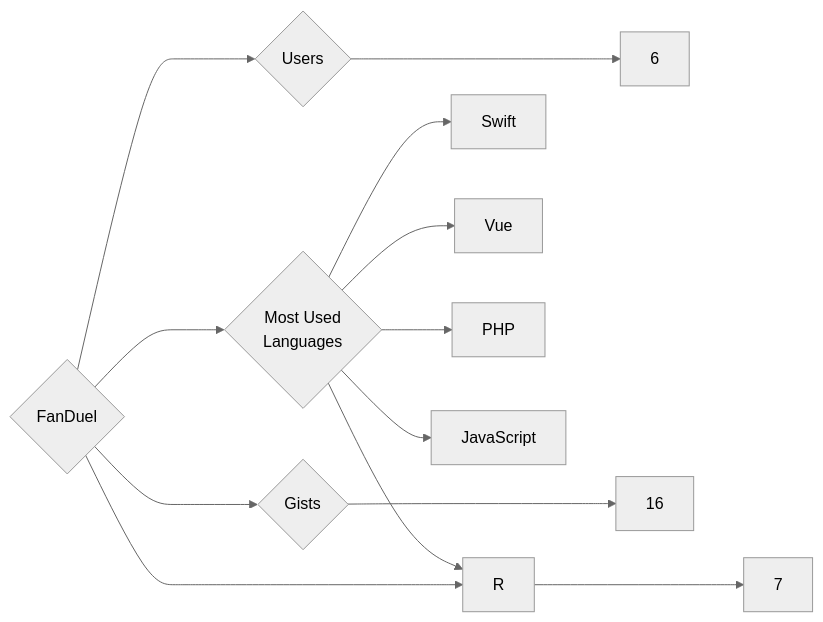
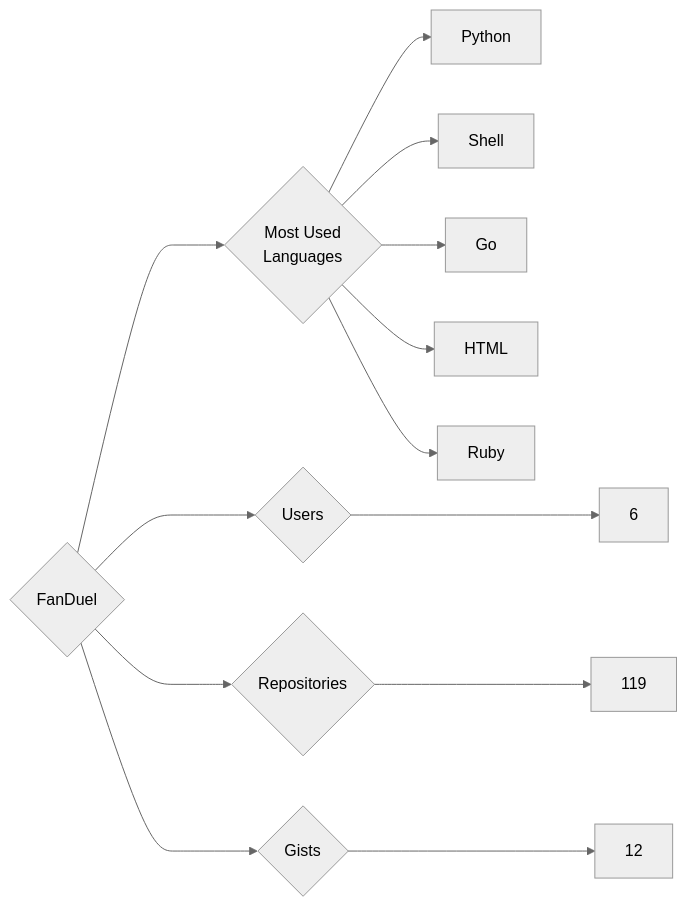
The diagram in targets/FanDuel/README.md (trickest/insiders), drawn with Mermaid (neutral theme) before and after one commit. The commit also changed 1212 other files, not shown here.

````diff
--- a/targets/FanDuel/README.md
+++ b/targets/FanDuel/README.md
@@ -3,13 +3,13 @@
 ```mermaid
 graph LR
 COMPANY_NAME{FanDuel}
 COMPANY_NAME ---> U{Users} ---> UN[6]
-COMPANY_NAME ---> R{Repositories} ---> RN[7]
-COMPANY_NAME ---> G{Gists} ---> GN[16]
+COMPANY_NAME ---> R{Repositories} ---> RN[119]
+COMPANY_NAME ---> G{Gists} ---> GN[12]
 COMPANY_NAME ---> ML{Most Used<br>Languages}
-ML --> Swift[Swift]
-ML --> Vue[Vue]
-ML --> R[R]
-ML --> PHP[PHP]
-ML --> JavaScript[JavaScript]
+ML --> Python[Python]
+ML --> Shell[Shell]
+ML --> Go[Go]
+ML --> HTML[HTML]
+ML --> Ruby[Ruby]
 ```
````
